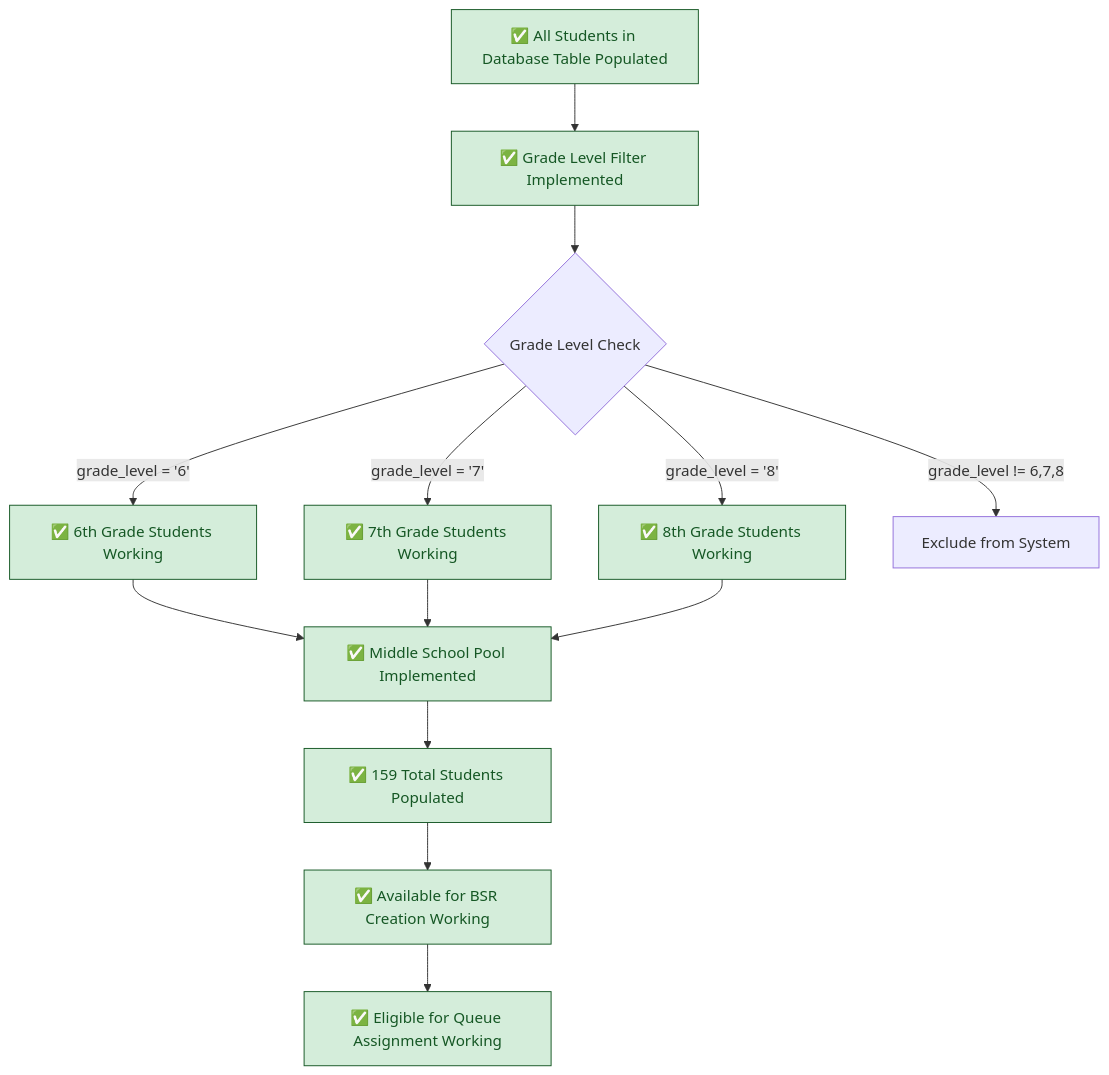
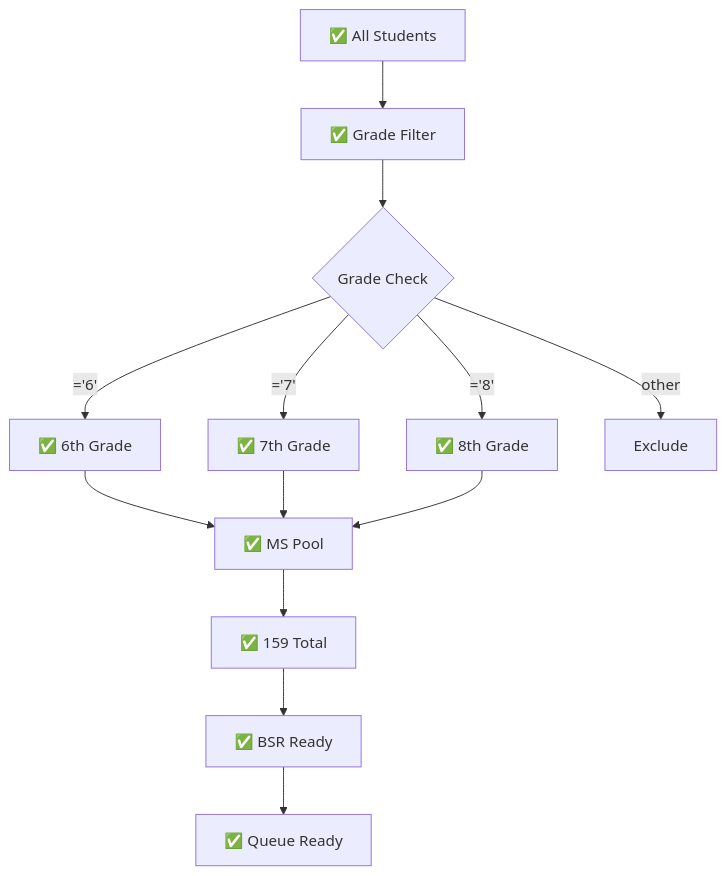
One commit to Splurfa/bx-os changed the first of 6 diagrams in docs/flowcharts/Current-State/08-current-student-filtering.md. Above: the diagram before and after it, drawn with Mermaid. The commit also changed other lines of this file and 6 other files, not shown here.

Commit message:
Fix Mermaid text cutoff with basic syntax

````diff
--- a/docs/flowcharts/Current-State/08-current-student-filtering.md
+++ b/docs/flowcharts/Current-State/08-current-student-filtering.md
@@ -9,22 +9,18 @@
 ```mermaid
 flowchart TD
-    A["`✅ All Students in Database Table Populated`"] --> B["`✅ Grade Level Filter Implemented`"]
-    B --> C{"`Grade Level Check`"}
+    A[✅ All Students] --> B[✅ Grade Filter]
+    B --> C{Grade Check}
     
-    C -->|grade_level = '6'| D["`✅ 6th Grade Students Working`"]
-    C -->|grade_level = '7'| E["`✅ 7th Grade Students Working`"]
-    C -->|grade_level = '8'| F["`✅ 8th Grade Students Working`"]
-    C -->|grade_level != 6,7,8| G["`Exclude from System`"]
+    C -->|='6'| D[✅ 6th Grade]
+    C -->|='7'| E[✅ 7th Grade]
+    C -->|='8'| F[✅ 8th Grade]
+    C -->|other| G[Exclude]
     
-    D --> H["`✅ Middle School Pool Implemented`"]
+    D --> H[✅ MS Pool]
     E --> H
     F --> H
     
-    H --> I["`✅ 159 Total Students Populated`"]
-    I --> J["`✅ Available for BSR Creation Working`"]
-    J --> K["`✅ Eligible for Queue Assignment Working`"]
-    
-    classDef working fill:#d4edda,stroke:#155724,color:#155724
-    
-    class A,B,D,E,F,H,I,J,K working
+    H --> I[✅ 159 Total]
+    I --> J[✅ BSR Ready]
+    J --> K[✅ Queue Ready]
 ```
````
